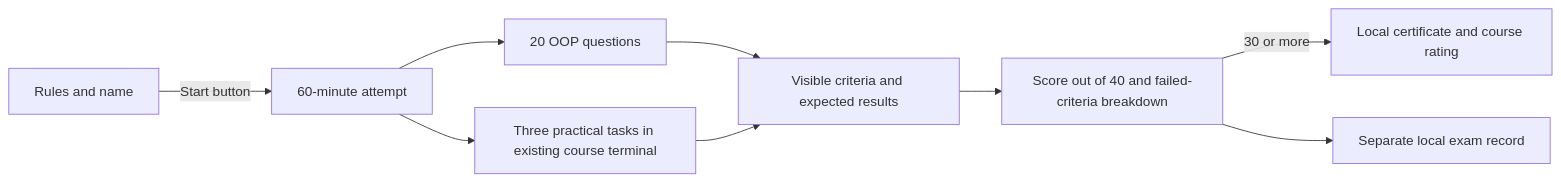
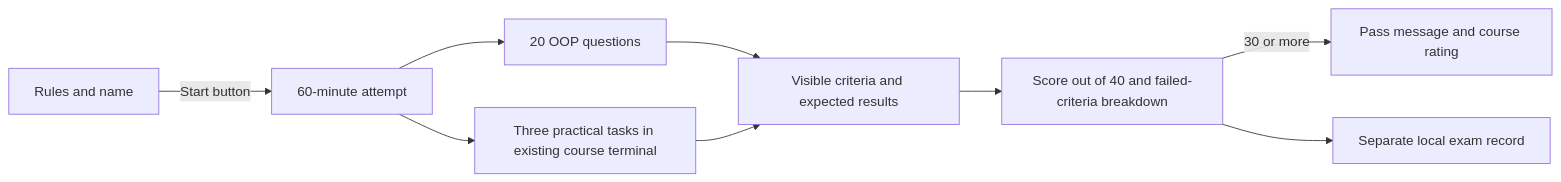
One commit to MeltedOperator/OOP_site changed the diagram in workspace/2026/OOP_20261030-091045_EXAM/HL-OOP_20261030-091045_EXAM.md. Above: the diagram before and after it, drawn with Mermaid. The commit also changed other lines of this file and 1 other file, not shown here.

````diff
--- a/workspace/2026/OOP_20261030-091045_EXAM/HL-OOP_20261030-091045_EXAM.md
+++ b/workspace/2026/OOP_20261030-091045_EXAM/HL-OOP_20261030-091045_EXAM.md
@@ -88,11 +87,11 @@
 ```mermaid
 graph LR
   A[Rules and name] -->|Start button| B[60-minute attempt]
   B --> C[20 OOP questions]
   B --> D[Three practical tasks in existing course terminal]
   C --> E[Visible criteria and expected results]
   D --> E
   E --> F[Score out of 40 and failed-criteria breakdown]
-  F -->|30 or more| G[Local certificate and course rating]
+  F -->|30 or more| G[Pass message and course rating]
   F --> H[Separate local exam record]
 ```
````
